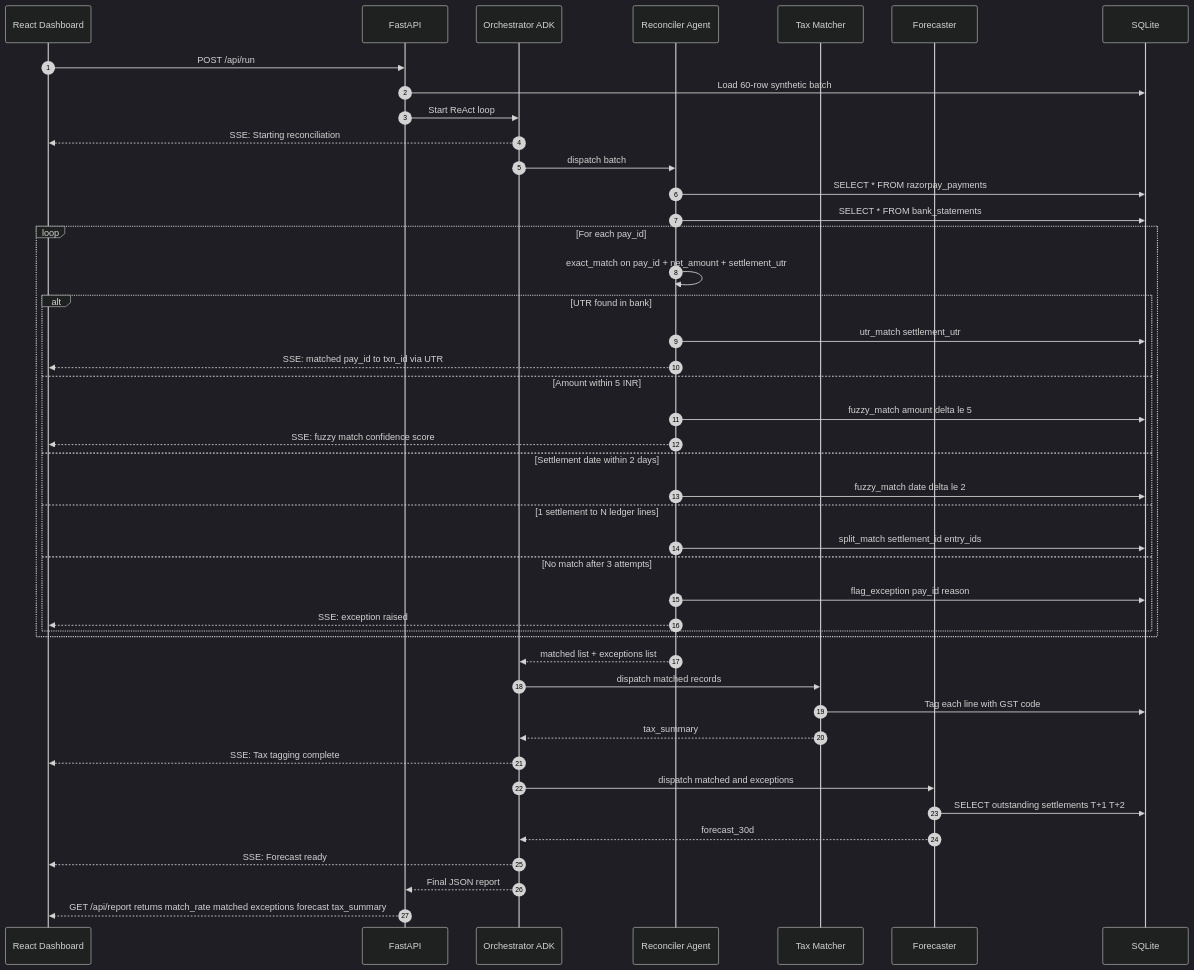
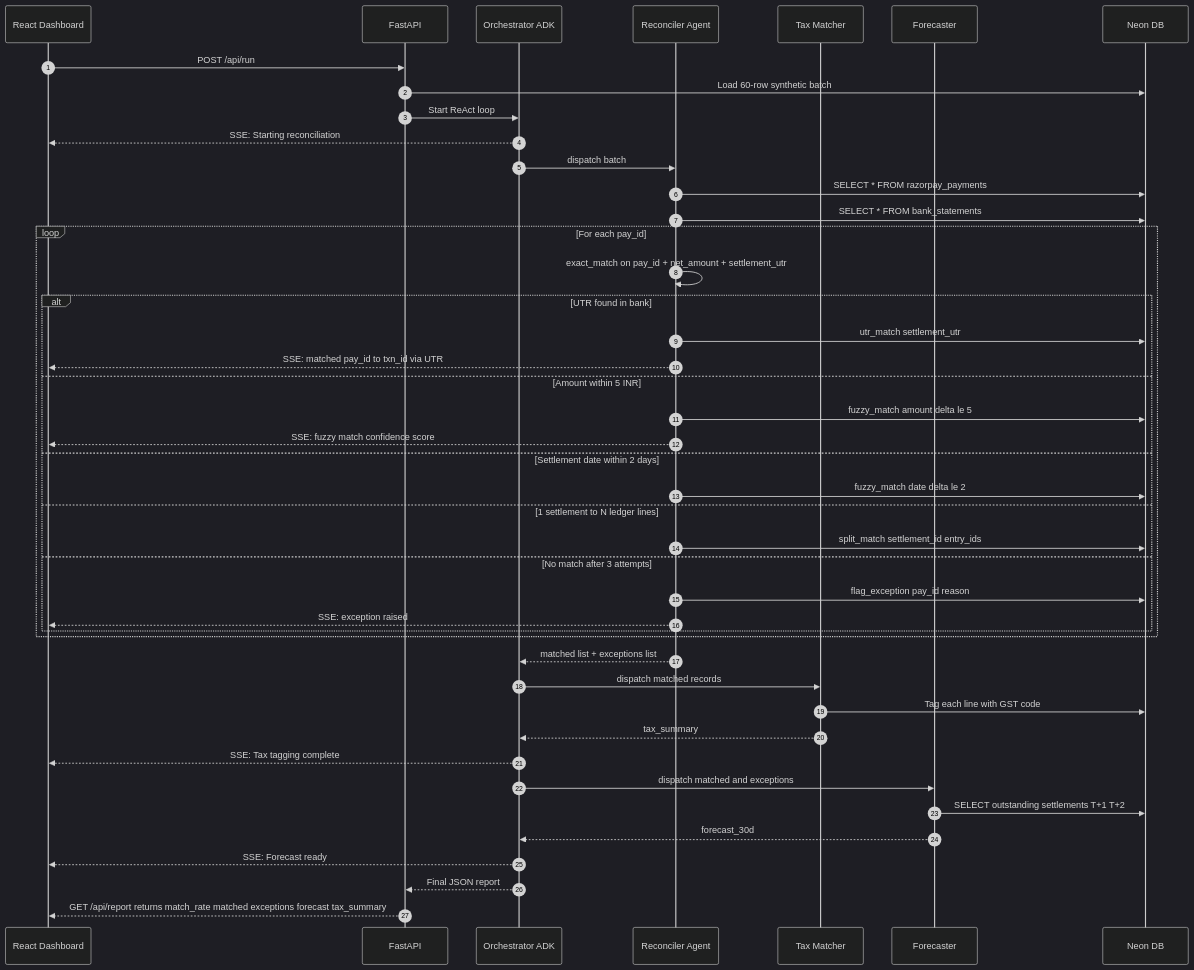
Before and after one commit to omprakash0224/ai_finance_controller: the second of 4 diagrams in PLAN.md, drawn with Mermaid (dark theme). The commit also changed other lines of this file and 1 other file, not shown here.

First line of the commit message:
Switch project docs to Neon Postgres

````diff
--- a/PLAN.md
+++ b/PLAN.md
@@ -247,53 +247,53 @@
 ```mermaid
 sequenceDiagram
     autonumber
     participant FE as React Dashboard
     participant BE as FastAPI
     participant ORC as Orchestrator ADK
     participant REC as Reconciler Agent
     participant TAX as Tax Matcher
     participant FORE as Forecaster
-    participant DB as SQLite
+    participant DB as Neon DB
 
     FE->>BE: POST /api/run
     BE->>DB: Load 60-row synthetic batch
     BE->>ORC: Start ReAct loop
     ORC-->>FE: SSE: Starting reconciliation
 
     ORC->>REC: dispatch batch
     REC->>DB: SELECT * FROM razorpay_payments
     REC->>DB: SELECT * FROM bank_statements
 
     loop For each pay_id
         REC->>REC: exact_match on pay_id + net_amount + settlement_utr
         alt UTR found in bank
             REC->>DB: utr_match settlement_utr
             REC-->>FE: SSE: matched pay_id to txn_id via UTR
         else Amount within 5 INR
             REC->>DB: fuzzy_match amount delta le 5
             REC-->>FE: SSE: fuzzy match confidence score
         else Settlement date within 2 days
             REC->>DB: fuzzy_match date delta le 2
         else 1 settlement to N ledger lines
             REC->>DB: split_match settlement_id entry_ids
         else No match after 3 attempts
             REC->>DB: flag_exception pay_id reason
             REC-->>FE: SSE: exception raised
         end
     end
 
     REC-->>ORC: matched list + exceptions list
 
     ORC->>TAX: dispatch matched records
     TAX->>DB: Tag each line with GST code
     TAX-->>ORC: tax_summary
     ORC-->>FE: SSE: Tax tagging complete
 
     ORC->>FORE: dispatch matched and exceptions
     FORE->>DB: SELECT outstanding settlements T+1 T+2
     FORE-->>ORC: forecast_30d
     ORC-->>FE: SSE: Forecast ready
 
     ORC-->>BE: Final JSON report
     BE-->>FE: GET /api/report returns match_rate matched exceptions forecast tax_summary
 ```
````
